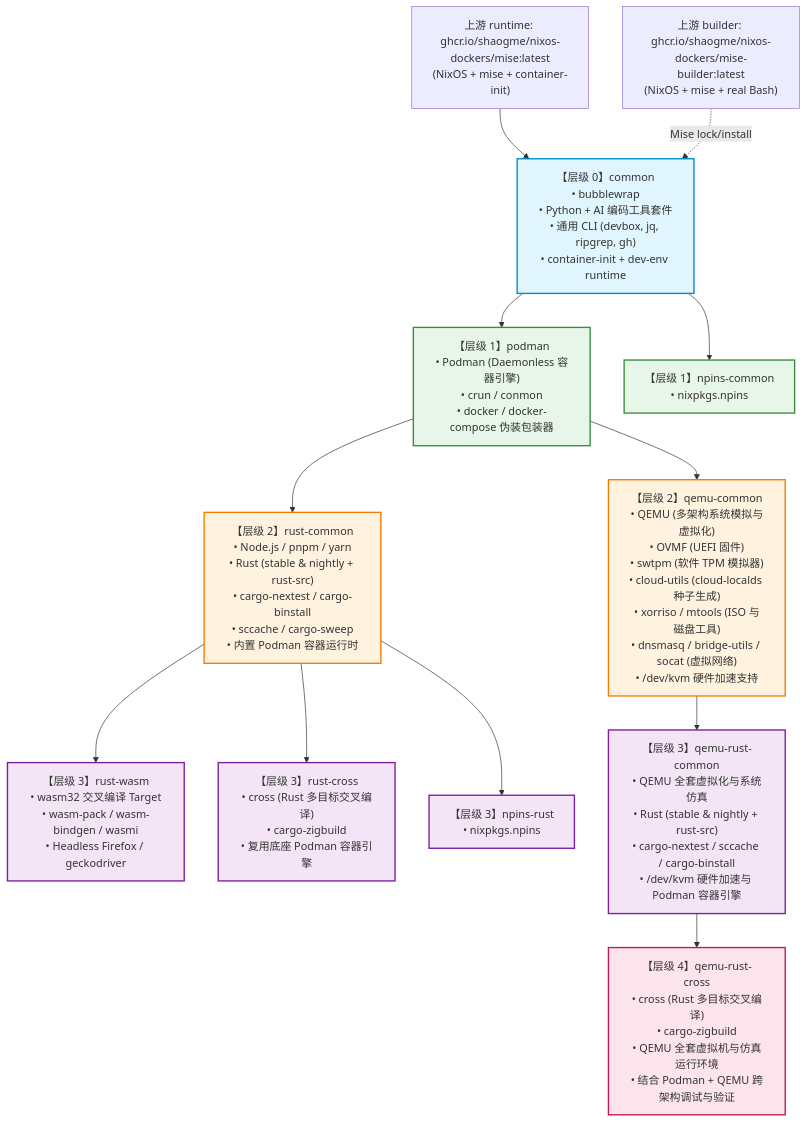
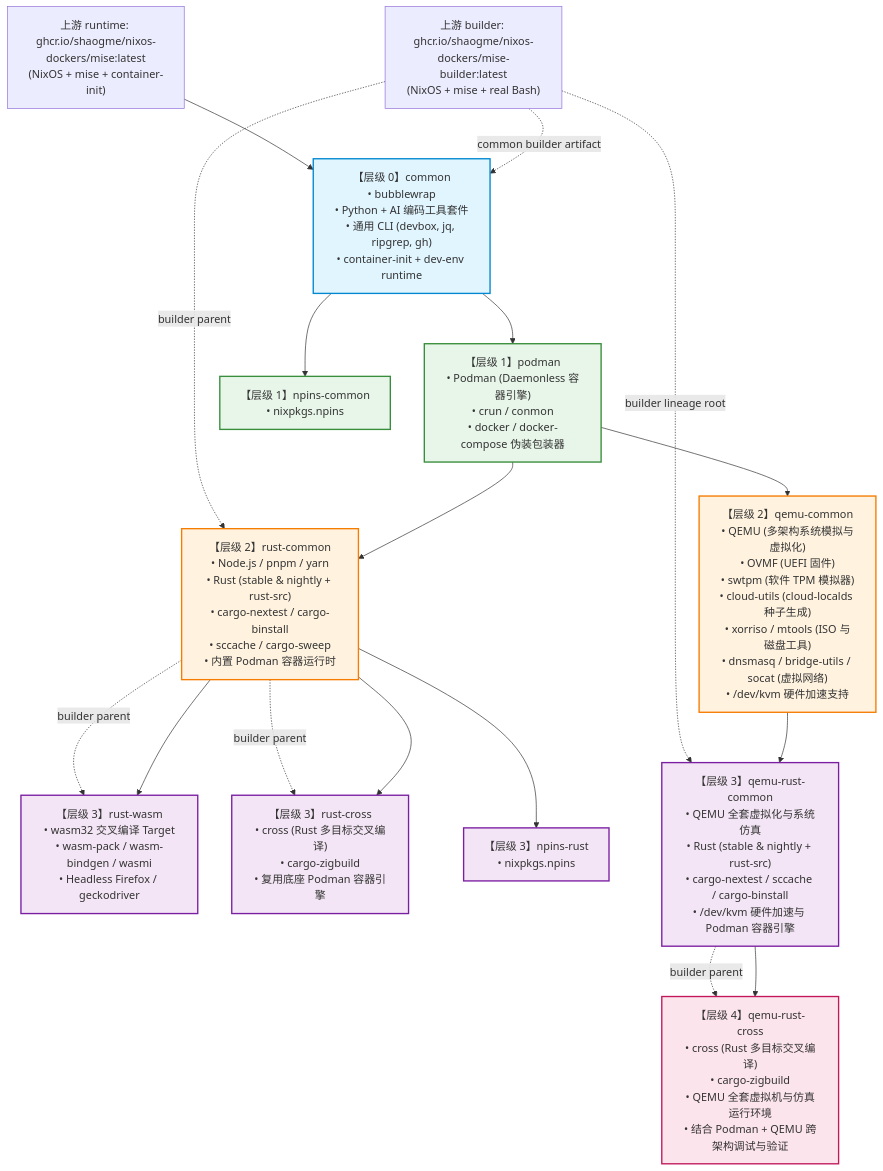
Before and after one commit to shaogme/coding-images: the first of 5 diagrams in README.md, drawn with Mermaid. The commit also changed other lines of this file and 18 other files, not shown here.

````diff
--- a/README.md
+++ b/README.md
@@ -63,49 +64,54 @@
 ```mermaid
 flowchart TD
     Upstream["上游 runtime: ghcr.io/shaogme/nixos-dockers/mise:latest<br/>(NixOS + mise + container-init)"]
     Builder["上游 builder: ghcr.io/shaogme/nixos-dockers/mise-builder:latest<br/>(NixOS + mise + real Bash)"]
     
     Common["【层级 0】common<br/>• bubblewrap<br/>• Python + AI 编码工具套件<br/>• 通用 CLI (devbox, jq, ripgrep, gh)<br/>• container-init + dev-env runtime"]
 
     Podman["【层级 1】podman<br/>• Podman (Daemonless 容器引擎)<br/>• crun / conmon<br/>• docker / docker-compose 伪装包装器"]
     
     NpinsCommon["【层级 1】npins-common<br/>• nixpkgs.npins"]
 
     RustCommon["【层级 2】rust-common<br/>• Node.js / pnpm / yarn<br/>• Rust (stable & nightly + rust-src)<br/>• cargo-nextest / cargo-binstall<br/>• sccache / cargo-sweep<br/>• 内置 Podman 容器运行时"]
 
     QemuCommon["【层级 2】qemu-common<br/>• QEMU (多架构系统模拟与虚拟化)<br/>• OVMF (UEFI 固件)<br/>• swtpm (软件 TPM 模拟器)<br/>• cloud-utils (cloud-localds 种子生成)<br/>• xorriso / mtools (ISO 与磁盘工具)<br/>• dnsmasq / bridge-utils / socat (虚拟网络)<br/>• /dev/kvm 硬件加速支持"]
     
     RustWasm["【层级 3】rust-wasm<br/>• wasm32 交叉编译 Target<br/>• wasm-pack / wasm-bindgen / wasmi<br/>• Headless Firefox / geckodriver"]
     
     RustCross["【层级 3】rust-cross<br/>• cross (Rust 多目标交叉编译)<br/>• cargo-zigbuild<br/>• 复用底座 Podman 容器引擎"]
 
     NpinsRust["【层级 3】npins-rust<br/>• nixpkgs.npins"]
 
     QemuRustCommon["【层级 3】qemu-rust-common<br/>• QEMU 全套虚拟化与系统仿真<br/>• Rust (stable & nightly + rust-src)<br/>• cargo-nextest / sccache / cargo-binstall<br/>• /dev/kvm 硬件加速与 Podman 容器引擎"]
 
     QemuRustCross["【层级 4】qemu-rust-cross<br/>• cross (Rust 多目标交叉编译)<br/>• cargo-zigbuild<br/>• QEMU 全套虚拟机与仿真运行环境<br/>• 结合 Podman + QEMU 跨架构调试与验证"]
 
     Upstream --> Common
-    Builder -.->|Mise lock/install| Common
+    Builder -.->|common builder artifact| Common
+    Builder -.->|builder parent| RustCommon
+    RustCommon -.->|builder parent| RustWasm
+    RustCommon -.->|builder parent| RustCross
+    Builder -.->|builder lineage root| QemuRustCommon
+    QemuRustCommon -.->|builder parent| QemuRustCross
     Common --> Podman
     Common --> NpinsCommon
     Podman --> RustCommon
     Podman --> QemuCommon
     RustCommon --> NpinsRust
     RustCommon --> RustWasm
     RustCommon --> RustCross
     QemuCommon --> QemuRustCommon
     QemuRustCommon --> QemuRustCross
 
     classDef base fill:#e1f5fe,stroke:#0288d1,stroke-width:2px;
     classDef l1 fill:#e8f5e9,stroke:#388e3c,stroke-width:2px;
     classDef l2 fill:#fff3e0,stroke:#f57c00,stroke-width:2px;
     classDef l3 fill:#f3e5f5,stroke:#7b1fa2,stroke-width:2px;
     classDef l4 fill:#fce4ec,stroke:#c2185b,stroke-width:2px;
 
     class Common base;
     class Podman,NpinsCommon l1;
     class RustCommon,QemuCommon l2;
     class NpinsRust,RustWasm,RustCross,QemuRustCommon l3;
     class QemuRustCross l4;
 ```
````
